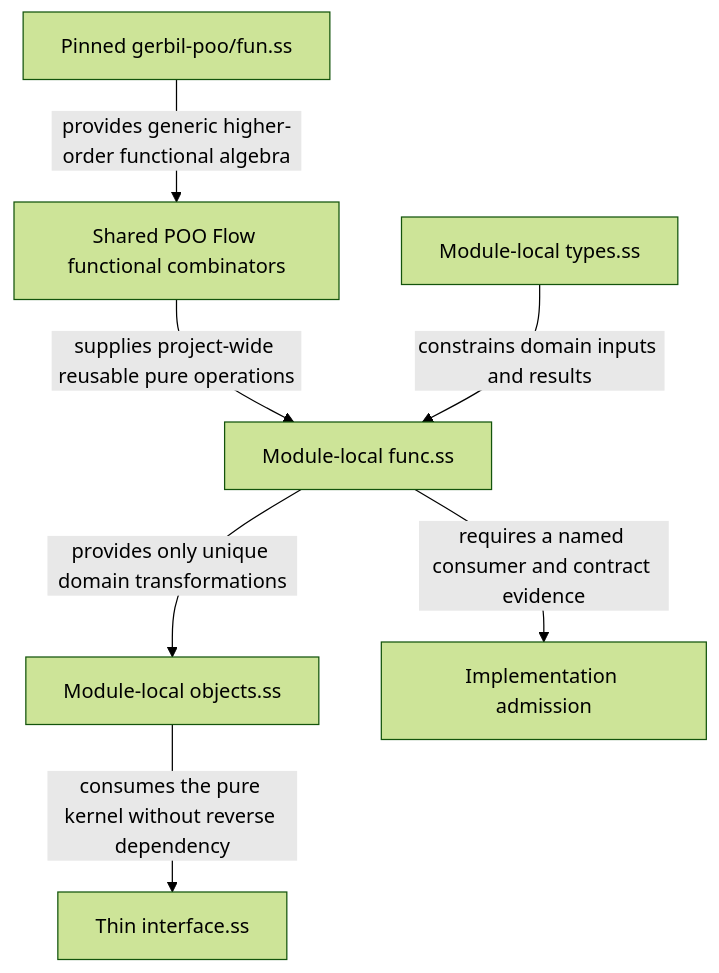
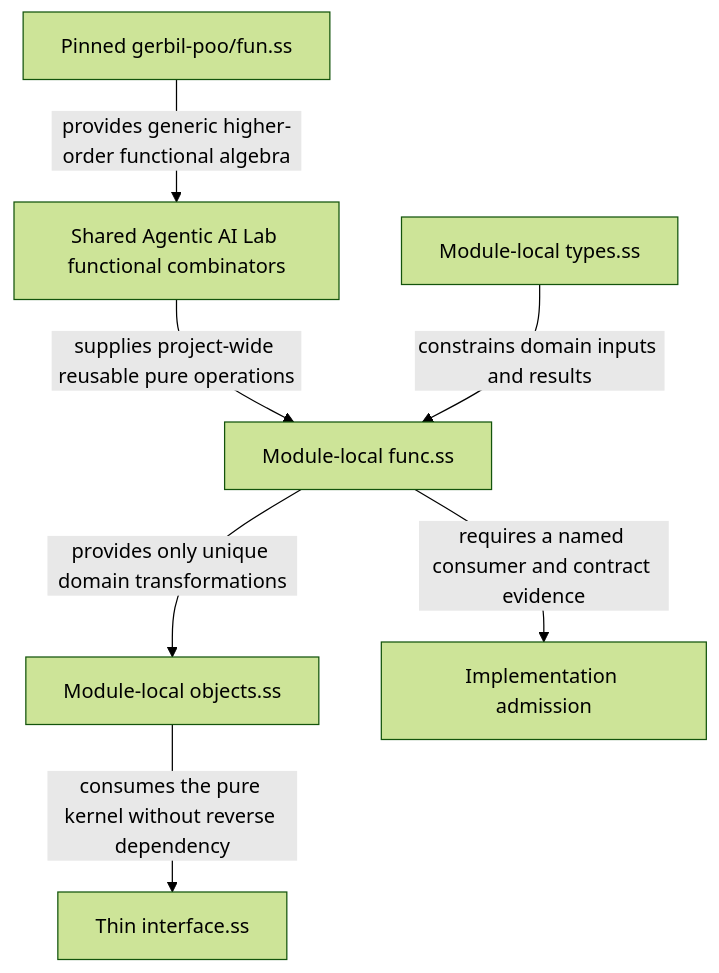
Before and after one commit to tao3k/gebril-yuanxu: the fourth of 4 diagrams in module-system/design/45-120-02-module-local-functional-kernel-governance.org, drawn with Mermaid (forest theme). The commit also changed 507 other files, not shown here.

```diff
--- a/module-system/design/45-120-02-module-local-functional-kernel-governance.org
+++ b/module-system/design/45-120-02-module-local-functional-kernel-governance.org
@@ -327,9 +327,9 @@
 #+begin_src mermaid
 flowchart TD
-  U["Pinned gerbil-poo/fun.ss"] -->|"provides generic higher-order functional algebra"| S["Shared POO Flow functional combinators"]
+  U["Pinned gerbil-poo/fun.ss"] -->|"provides generic higher-order functional algebra"| S["Shared Agentic AI Lab functional combinators"]
   S -->|"supplies project-wide reusable pure operations"| F["Module-local func.ss"]
   T["Module-local types.ss"] -->|"constrains domain inputs and results"| F
   F -->|"provides only unique domain transformations"| O["Module-local objects.ss"]
   O -->|"consumes the pure kernel without reverse dependency"| I["Thin interface.ss"]
   F -->|"requires a named consumer and contract evidence"| A["Implementation admission"]
 #+end_src
```
